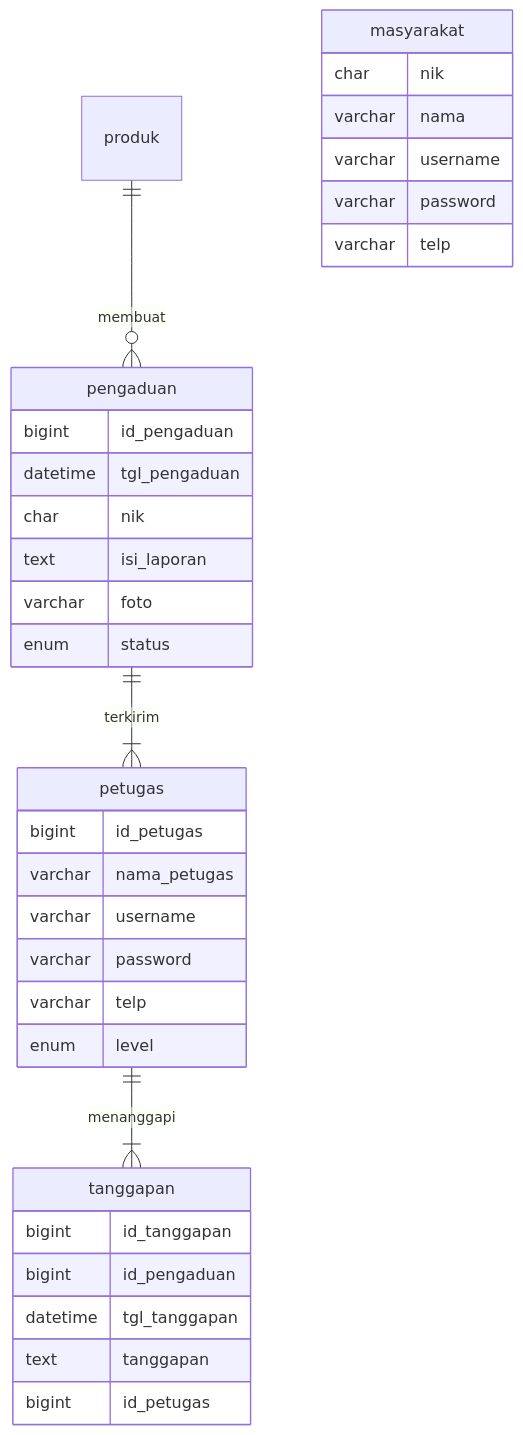
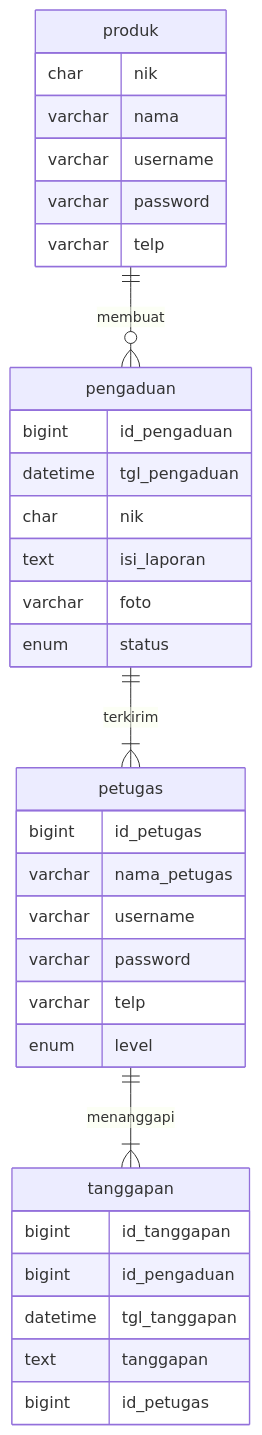
One commit to BaidhowiAlHuseiniHakiki/BaidhowiAlHuseiniHakiki changed the diagram in job_interview.md. Above: the diagram before and after it, drawn with Mermaid.

````diff
--- a/job_interview.md
+++ b/job_interview.md
@@ -29,36 +29,36 @@
 ```mermaid
 erDiagram
     produk ||--o{ pengaduan : membuat
-    masyarakat {
+    produk {
         char nik
         varchar nama
         varchar username
         varchar password
         varchar telp
     }
     pengaduan ||--|{ petugas : terkirim
     pengaduan {
         bigint id_pengaduan
         datetime tgl_pengaduan
         char nik
         text isi_laporan
         varchar foto
         enum status
     }
     petugas ||--|{ tanggapan : menanggapi
     petugas {
         bigint id_petugas
         varchar nama_petugas
         varchar username
         varchar password
         varchar telp
         enum level
     }
     tanggapan {
         bigint id_tanggapan
         bigint id_pengaduan
         datetime tgl_tanggapan
         text tanggapan
         bigint id_petugas
 }
 ```
````
